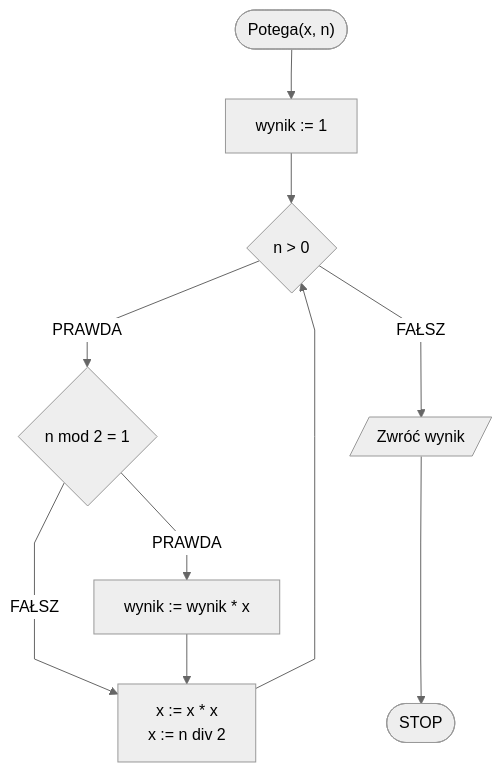
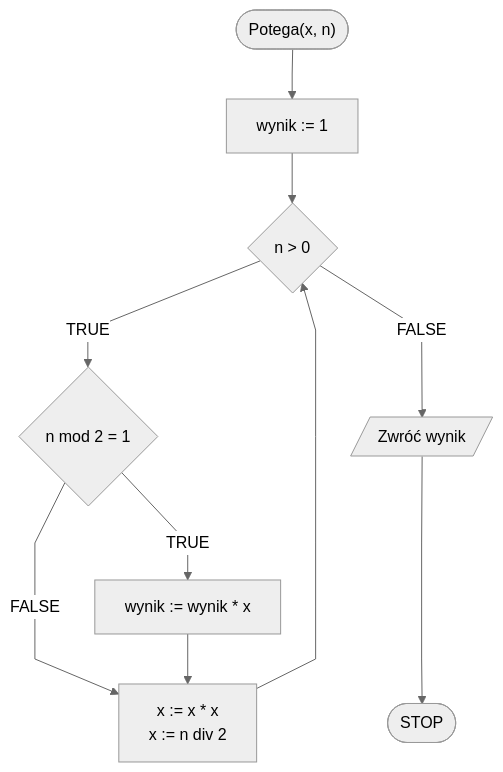
One commit to blackbat13/edu-cs-htiew-en changed the first of 2 diagrams in docs/algorithms/numerical-methods/fast-exp.md. Above: the diagram before and after it, drawn with Mermaid. The commit also changed other lines of this file and 682 other files, not shown here.

````diff
--- a/docs/algorithms/numerical-methods/fast-exp.md
+++ b/docs/algorithms/numerical-methods/fast-exp.md
@@ -71,14 +71,14 @@
 ```mermaid
 %%{init: {"flowchart": {"curve": "linear"}, "theme": "neutral"} }%%
 flowchart TD
 	START(["Potega(x, n)"]) --> K1[wynik := 1]
 	K1 --> K2{n > 0}
-	K2 -- PRAWDA --> K3{n mod 2 = 1}
-	K3 -- PRAWDA --> K4[wynik := wynik * x]
-	K3 -- FAŁSZ --> K5["x := x * x
+	K2 -- TRUE --> K3{n mod 2 = 1}
+	K3 -- TRUE --> K4[wynik := wynik * x]
+	K3 -- FALSE --> K5["x := x * x
 	x := n div 2"]
 	K4 --> K5
 	K5 --> K2
-	K2 -- FAŁSZ --> K7[/Zwróć wynik/]
+	K2 -- FALSE --> K7[/Zwróć wynik/]
 	K7 ---> STOP([STOP])
 ```
````
